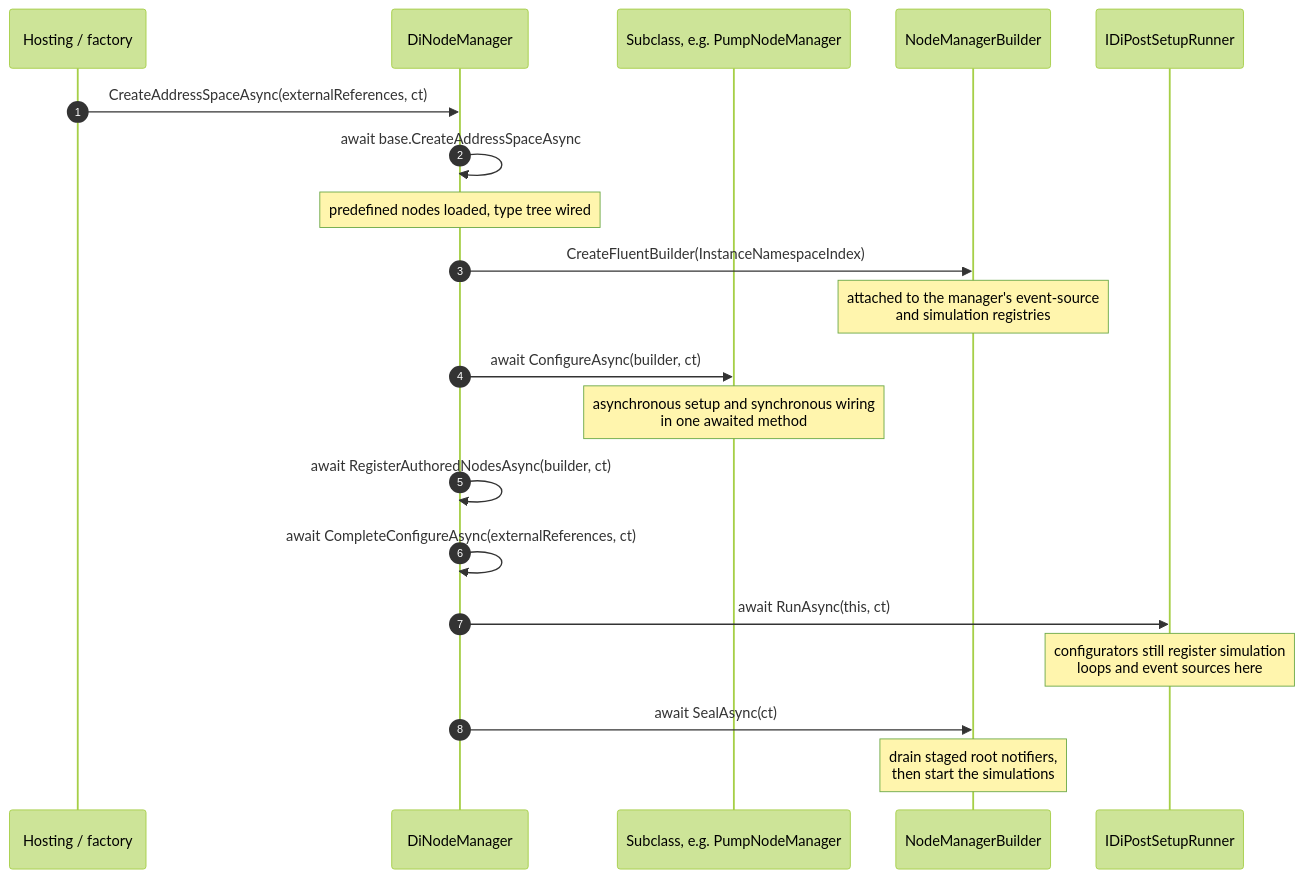
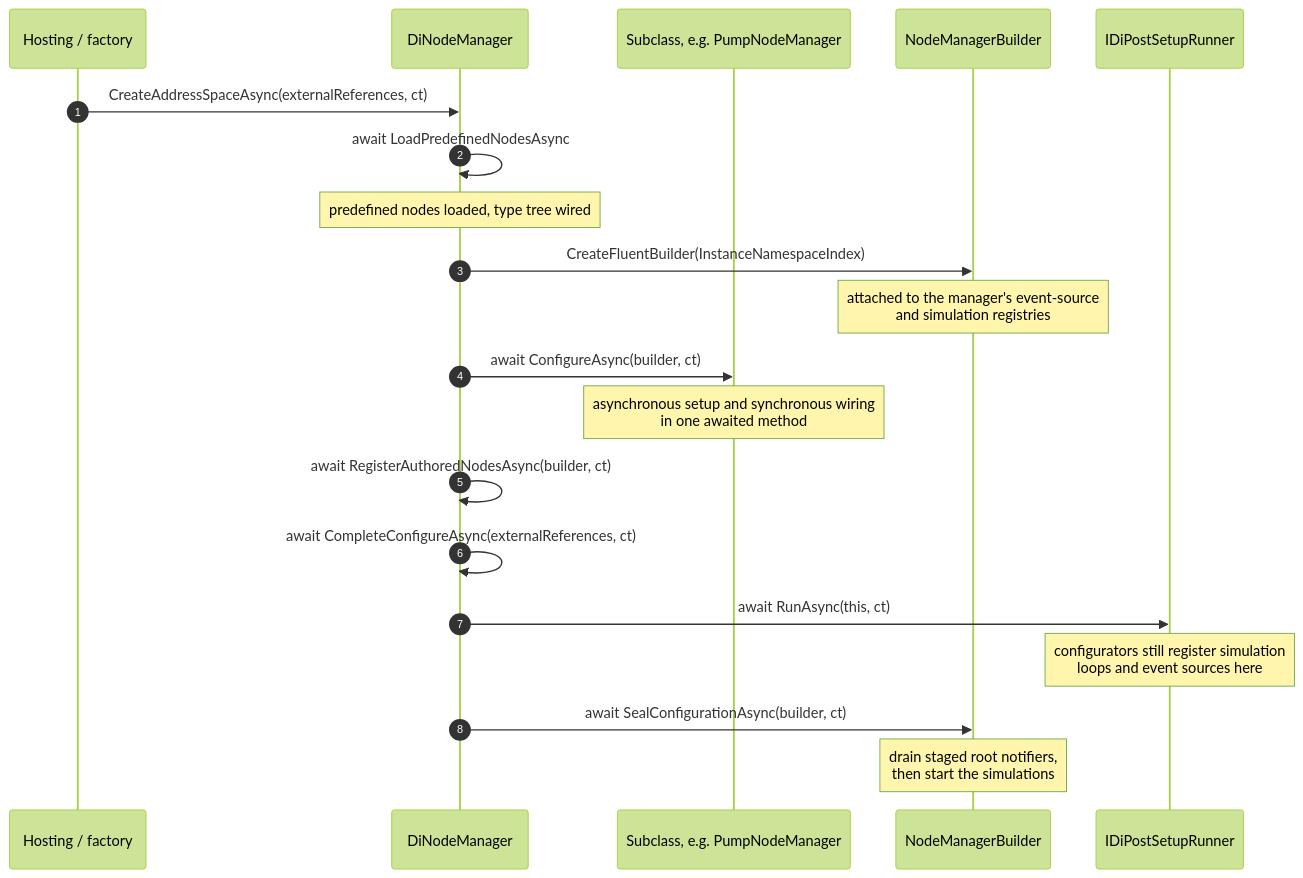
The diagram in docs/DeviceIntegration.md (OPCFoundation/UA-.NETStandard), drawn with Mermaid (forest theme) before and after one commit. The commit also changed other lines of this file and 13 other files, not shown here.

````diff
--- a/docs/DeviceIntegration.md
+++ b/docs/DeviceIntegration.md
@@ -578,27 +578,27 @@
 ```mermaid
 sequenceDiagram
     autonumber
     participant Host as Hosting / factory
     participant Base as DiNodeManager
     participant Sub as Subclass, e.g. PumpNodeManager
     participant B as NodeManagerBuilder
     participant Run as IDiPostSetupRunner
 
     Host->>Base: CreateAddressSpaceAsync(externalReferences, ct)
-    Base->>Base: await base.CreateAddressSpaceAsync
+    Base->>Base: await LoadPredefinedNodesAsync
     Note over Base: predefined nodes loaded, type tree wired
     Base->>B: CreateFluentBuilder(InstanceNamespaceIndex)
     Note over B: attached to the manager's event-source<br/>and simulation registries
 
     Base->>Sub: await ConfigureAsync(builder, ct)
     Note over Sub: asynchronous setup and synchronous wiring<br/>in one awaited method
 
     Base->>Base: await RegisterAuthoredNodesAsync(builder, ct)
     Base->>Base: await CompleteConfigureAsync(externalReferences, ct)
 
     Base->>Run: await RunAsync(this, ct)
     Note over Run: configurators still register simulation<br/>loops and event sources here
 
-    Base->>B: await SealAsync(ct)
+    Base->>B: await SealConfigurationAsync(builder, ct)
     Note over B: drain staged root notifiers,<br/>then start the simulations
 ```
````
